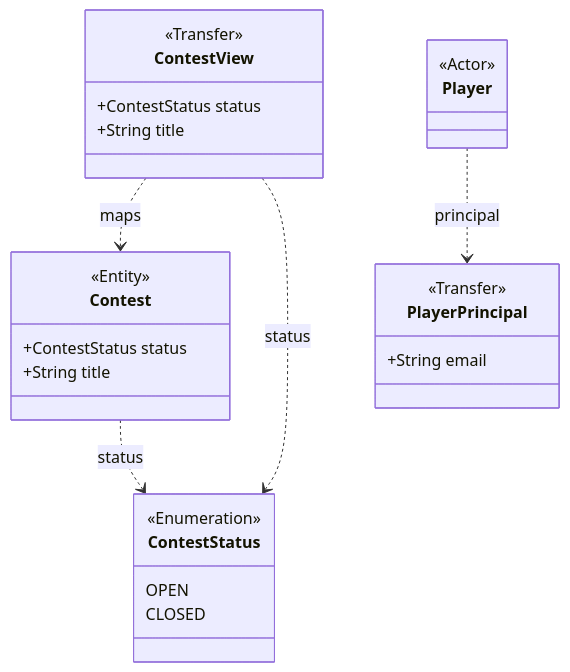
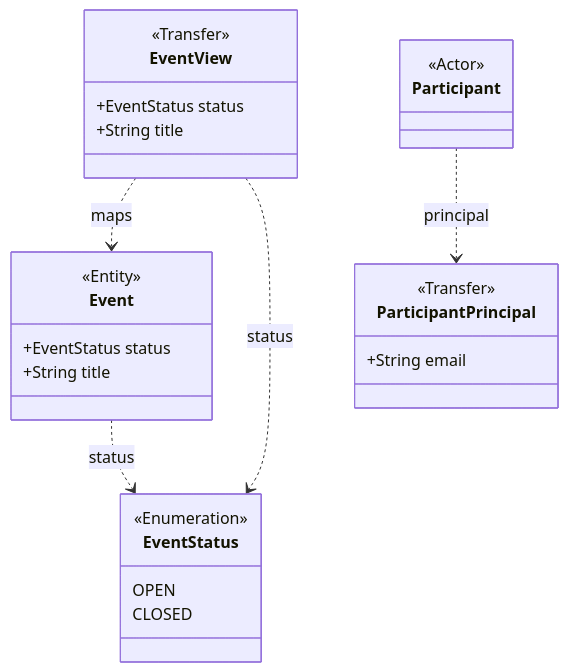
Before and after one commit to BlackBeltTechnology/judo-blueprint: the diagram in catalog/best-practices/model/derived-access-filtering.md, drawn with Mermaid. The commit also changed other lines of this file and 538 other files, not shown here.

````diff
--- a/catalog/best-practices/model/derived-access-filtering.md
+++ b/catalog/best-practices/model/derived-access-filtering.md
@@ -65,29 +65,29 @@
 ```mermaid
 classDiagram
-  class Contest {
+  class Event {
     <<Entity>>
-    +ContestStatus status
+    +EventStatus status
     +String title
   }
-  class ContestStatus {
+  class EventStatus {
     <<Enumeration>>
     OPEN
     CLOSED
   }
-  class ContestView {
+  class EventView {
     <<Transfer>>
-    +ContestStatus status
+    +EventStatus status
     +String title
   }
-  class Player {
+  class Participant {
     <<Actor>>
   }
-  class PlayerPrincipal {
+  class ParticipantPrincipal {
     <<Transfer>>
     +String email
   }
-  Contest ..> ContestStatus : status
-  ContestView ..> Contest : maps
-  ContestView ..> ContestStatus : status
-  Player ..> PlayerPrincipal : principal
+  Event ..> EventStatus : status
+  EventView ..> Event : maps
+  EventView ..> EventStatus : status
+  Participant ..> ParticipantPrincipal : principal
 ```
````
